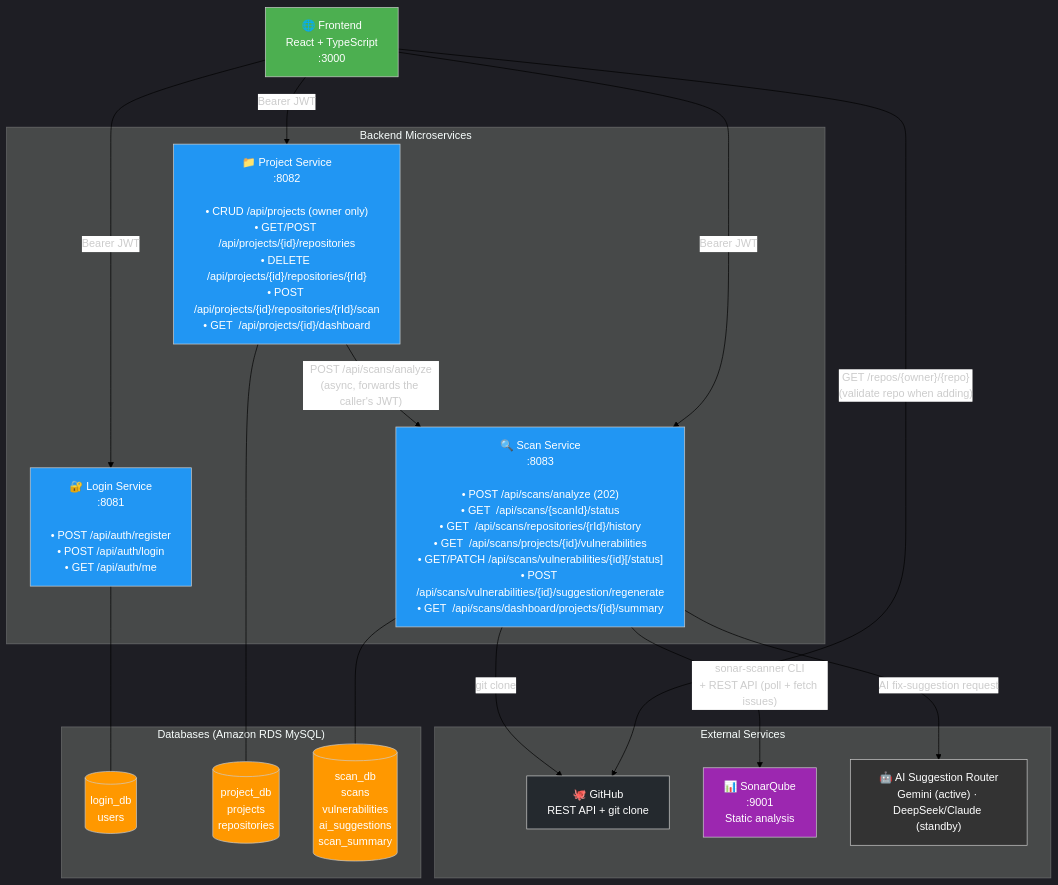
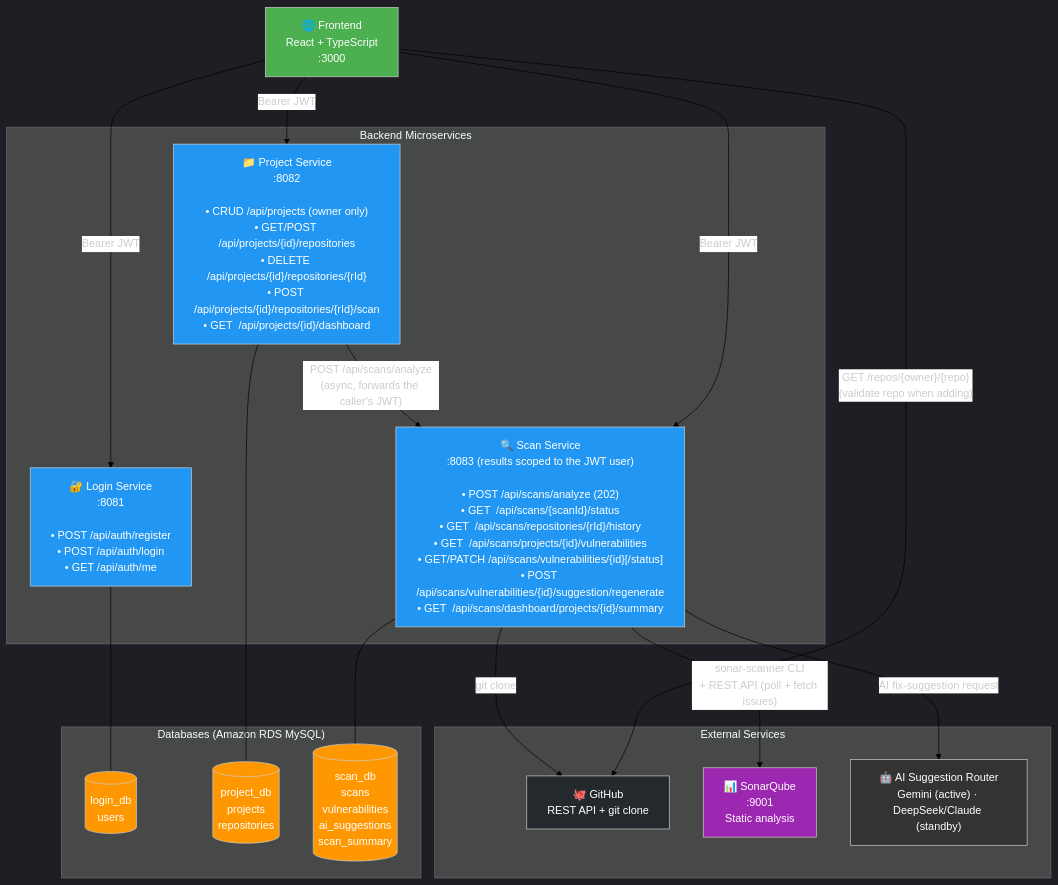
The diagram in docs/Microservice Communication.mermaid (kaldrake/NUSISS_ProjectManagementPortal), drawn with Mermaid before and after one commit. The commit also changed 15 other files, not shown here.

Commit message:
changed default model and diagrams

```diff
--- a/docs/Microservice Communication.mermaid
+++ b/docs/Microservice Communication.mermaid
@@ -1,52 +1,52 @@
 %%{init: {'theme': 'dark', 'themeVariables': {'lineColor': '#000000', 'edgeLabelBackground': '#ffffff'}}}%%
 graph TD
     FE["🌐 Frontend<br>React + TypeScript<br>:3000"]
 
     subgraph "Backend Microservices"
         LS["🔐 Login Service<br>:8081<br><br>• POST /api/auth/register<br>• POST /api/auth/login<br>• GET  /api/auth/me"]
         PS["📁 Project Service<br>:8082<br><br>• CRUD /api/projects (owner only)<br>• GET/POST /api/projects/{id}/repositories<br>• DELETE /api/projects/{id}/repositories/{rId}<br>• POST /api/projects/{id}/repositories/{rId}/scan<br>• GET  /api/projects/{id}/dashboard"]
-        SCS["🔍 Scan Service<br>:8083<br><br>• POST /api/scans/analyze (202)<br>• GET  /api/scans/{scanId}/status<br>• GET  /api/scans/repositories/{rId}/history<br>• GET  /api/scans/projects/{id}/vulnerabilities<br>• GET/PATCH /api/scans/vulnerabilities/{id}[/status]<br>• POST /api/scans/vulnerabilities/{id}/suggestion/regenerate<br>• GET  /api/scans/dashboard/projects/{id}/summary"]
+        SCS["🔍 Scan Service<br>:8083 (results scoped to the JWT user)<br><br>• POST /api/scans/analyze (202)<br>• GET  /api/scans/{scanId}/status<br>• GET  /api/scans/repositories/{rId}/history<br>• GET  /api/scans/projects/{id}/vulnerabilities<br>• GET/PATCH /api/scans/vulnerabilities/{id}[/status]<br>• POST /api/scans/vulnerabilities/{id}/suggestion/regenerate<br>• GET  /api/scans/dashboard/projects/{id}/summary"]
     end
 
     subgraph "Databases (Amazon RDS MySQL)"
         LDB[("login_db<br>users")]
         PDB[("project_db<br>projects<br>repositories")]
         SDB[("scan_db<br>scans<br>vulnerabilities<br>ai_suggestions<br>scan_summary")]
     end
 
     subgraph "External Services"
         GH["🐙 GitHub<br>REST API + git clone"]
         SQ["📊 SonarQube<br>:9001<br>Static analysis"]
         AI["🤖 AI Suggestion Router<br>Gemini (active) · DeepSeek/Claude (standby)"]
     end
 
     %% Frontend → all services
     FE -->|"Bearer JWT"| LS
     FE -->|"Bearer JWT"| PS
     FE -->|"Bearer JWT"| SCS
     FE -->|"GET /repos/{owner}/{repo}<br>(validate repo when adding)"| GH
 
     %% Service-to-service (internal HTTP)
     PS -->|"POST /api/scans/analyze<br>(async, forwards the caller's JWT)"| SCS
 
     %% Services → their DBs
     LS --- LDB
     PS --- PDB
     SCS --- SDB
 
     %% External integrations
     SCS -->|"git clone"| GH
     SCS -->|"sonar-scanner CLI<br>+ REST API (poll + fetch issues)"| SQ
     SCS -->|"AI fix-suggestion request"| AI
 
     %% Styling
     style FE fill:#4CAF50,color:#fff
     style LS fill:#2196F3,color:#fff
     style PS fill:#2196F3,color:#fff
     style SCS fill:#2196F3,color:#fff
     style LDB fill:#FF9800,color:#fff
     style PDB fill:#FF9800,color:#fff
     style SDB fill:#FF9800,color:#fff
     style GH fill:#24292e,color:#fff
     style SQ fill:#9C27B0,color:#fff
     style AI fill:#333,color:#fff
```
